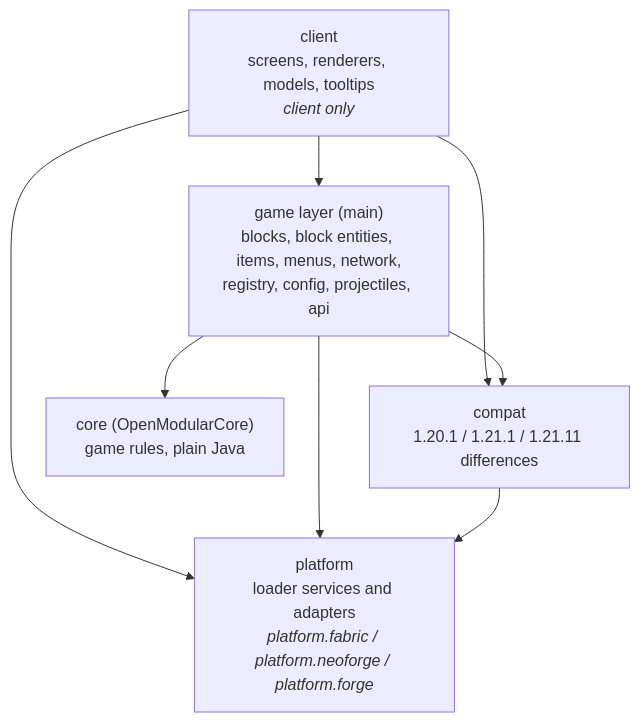
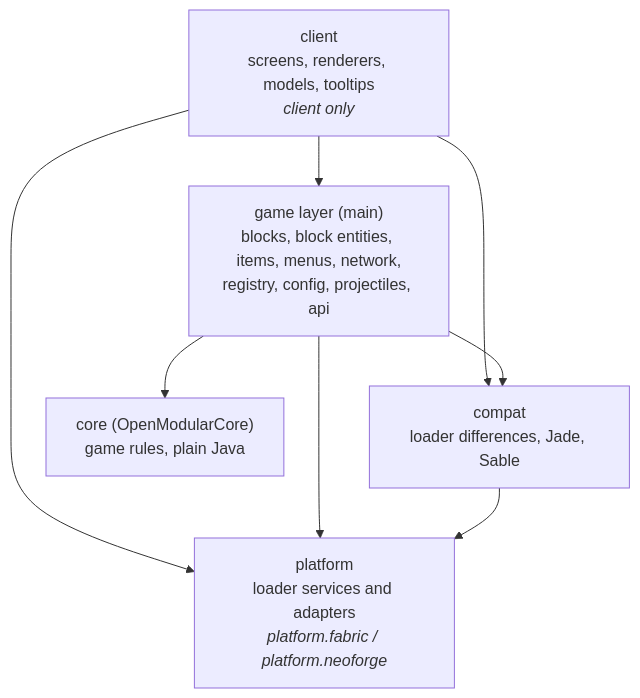
Before and after one commit to OpenModularTurretsTeam/OpenModularTurrets: the diagram in docs/architecture.md, drawn with Mermaid. The commit also changed other lines of this file and 8 other files, not shown here.

````diff
--- a/docs/architecture.md
+++ b/docs/architecture.md
@@ -23,15 +23,15 @@
 ```mermaid
 flowchart TB
     client["client<br/>screens, renderers, models, tooltips<br/><i>client only</i>"]
     game["game layer (main)<br/>blocks, block entities, items, menus, network,<br/>registry, config, projectiles, api"]
-    compat["compat<br/>1.20.1 / 1.21.1 / 1.21.11 differences"]
-    platform["platform<br/>loader services and adapters<br/><i>platform.fabric / platform.neoforge / platform.forge</i>"]
+    compat["compat<br/>loader differences, Jade, Sable"]
+    platform["platform<br/>loader services and adapters<br/><i>platform.fabric / platform.neoforge</i>"]
     core["core (OpenModularCore)<br/>game rules, plain Java"]
     client --> game
     client --> compat
     client --> platform
     game --> compat
     game --> platform
     compat --> platform
     game --> core
 ```
````
